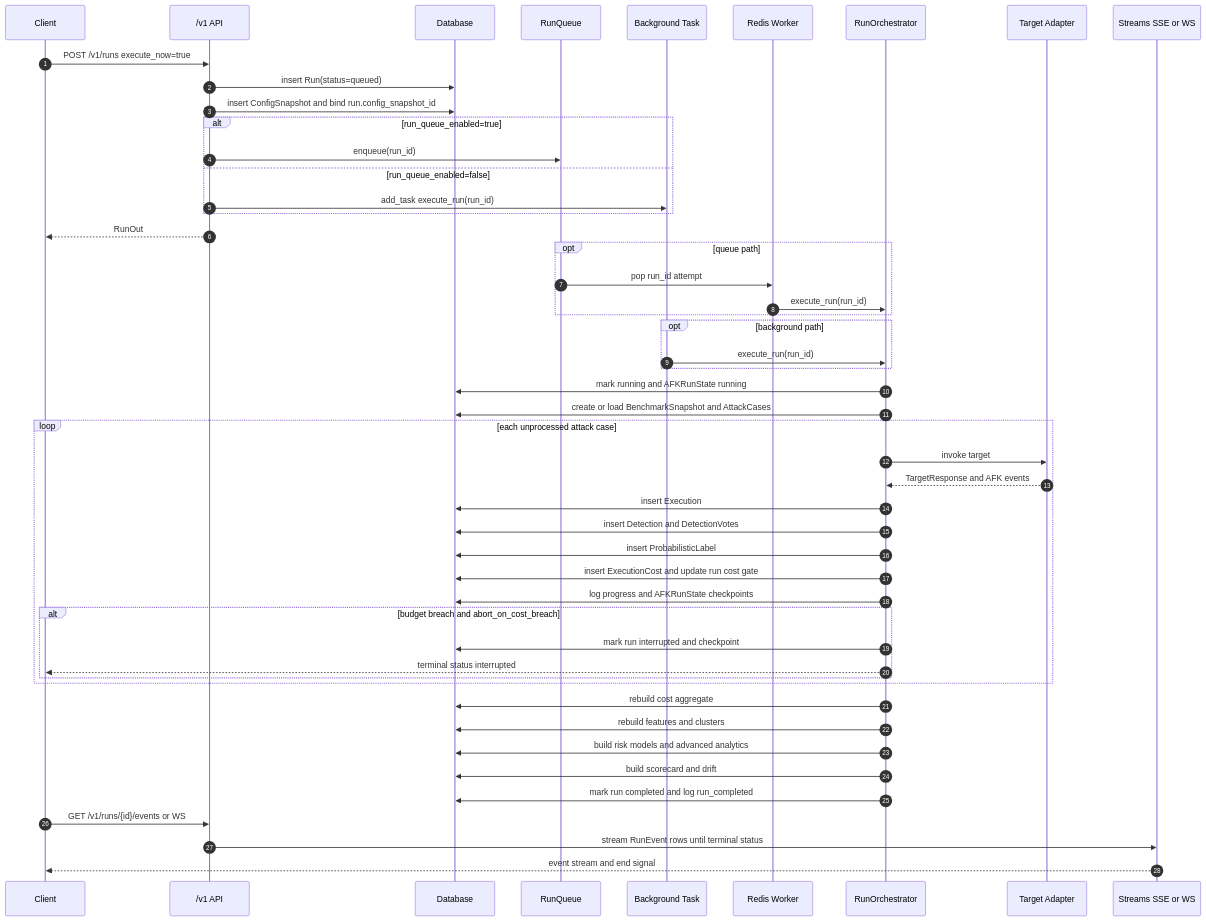
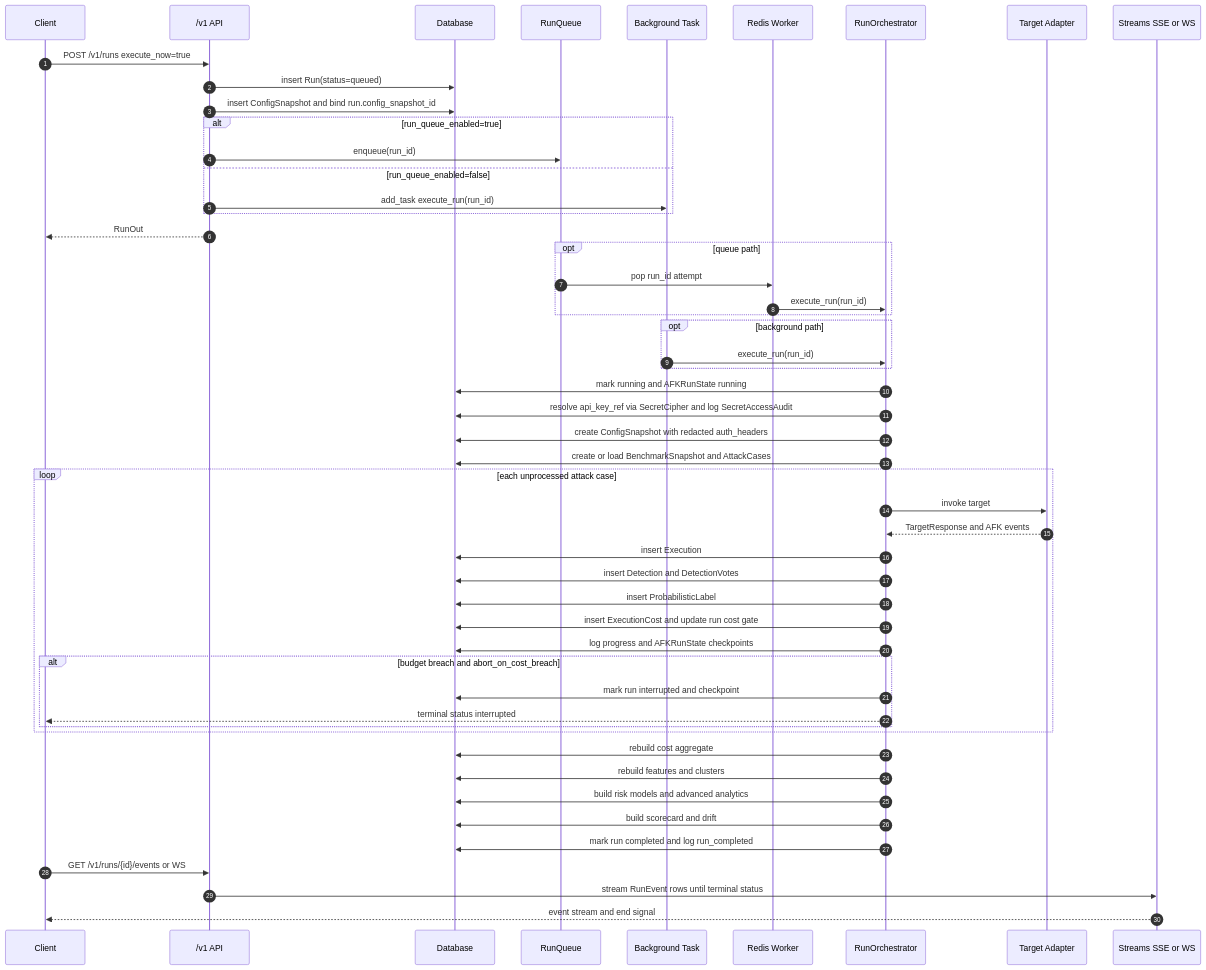
The third of 13 diagrams in docs/backend-architecture.mdx (arpan404/metroX), drawn with Mermaid before and after one commit. The commit also changed other lines of this file and 5 other files, not shown here.

````diff
--- a/docs/backend-architecture.mdx
+++ b/docs/backend-architecture.mdx
@@ -179,58 +179,60 @@
 ```mermaid
 sequenceDiagram
     autonumber
     participant C as Client
     participant API as /v1 API
     participant DB as Database
     participant Q as RunQueue
     participant B as Background Task
     participant W as Redis Worker
     participant O as RunOrchestrator
     participant A as Target Adapter
     participant S as Streams SSE or WS
 
     C->>API: POST /v1/runs execute_now=true
     API->>DB: insert Run(status=queued)
     API->>DB: insert ConfigSnapshot and bind run.config_snapshot_id
     alt run_queue_enabled=true
         API->>Q: enqueue(run_id)
     else run_queue_enabled=false
         API->>B: add_task execute_run(run_id)
     end
     API-->>C: RunOut
 
     opt queue path
         Q->>W: pop run_id attempt
         W->>O: execute_run(run_id)
     end
 
     opt background path
         B->>O: execute_run(run_id)
     end
 
     O->>DB: mark running and AFKRunState running
+    O->>DB: resolve api_key_ref via SecretCipher and log SecretAccessAudit
+    O->>DB: create ConfigSnapshot with redacted auth_headers
     O->>DB: create or load BenchmarkSnapshot and AttackCases
     loop each unprocessed attack case
         O->>A: invoke target
         A-->>O: TargetResponse and AFK events
         O->>DB: insert Execution
         O->>DB: insert Detection and DetectionVotes
         O->>DB: insert ProbabilisticLabel
         O->>DB: insert ExecutionCost and update run cost gate
         O->>DB: log progress and AFKRunState checkpoints
         alt budget breach and abort_on_cost_breach
             O->>DB: mark run interrupted and checkpoint
             O-->>C: terminal status interrupted
         end
     end
 
     O->>DB: rebuild cost aggregate
     O->>DB: rebuild features and clusters
     O->>DB: build risk models and advanced analytics
     O->>DB: build scorecard and drift
     O->>DB: mark run completed and log run_completed
 
     C->>API: GET /v1/runs/{id}/events or WS
     API->>S: stream RunEvent rows until terminal status
     S-->>C: event stream and end signal
 ```
````
